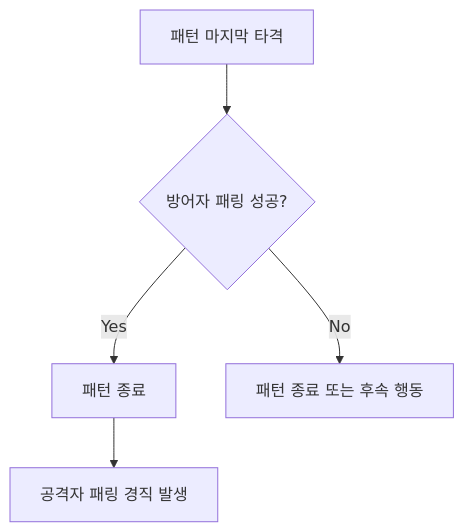
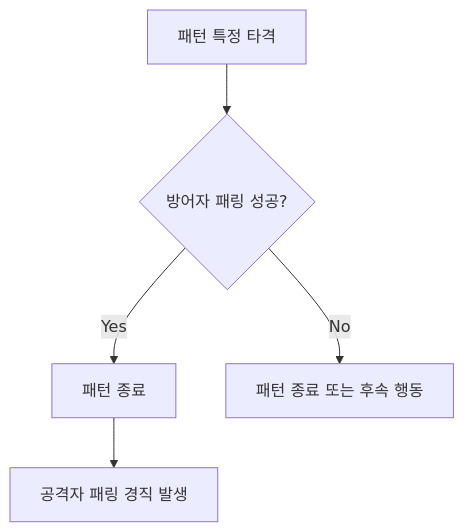
One commit to Woogl/ProjectWx changed the fourth of 5 diagrams in Docs/CombatDesign/CombatCommon/캐릭터 경직.md. Above: the diagram before and after it, drawn with Mermaid. The commit also changed other lines of this file, not shown here.

````diff
--- a/Docs/CombatDesign/CombatCommon/캐릭터 경직.md
+++ b/Docs/CombatDesign/CombatCommon/캐릭터 경직.md
@@ -446,7 +446,7 @@
 ```mermaid
 flowchart TD
-    A[패턴 마지막 타격] --> B{방어자 패링 성공?}
+    A[패턴 특정 타격] --> B{방어자 패링 성공?}
     B -- Yes --> C[패턴 종료]
     C --> D[공격자 패링 경직 발생]
     B -- No --> E[패턴 종료 또는 후속 행동]
 ```
````
